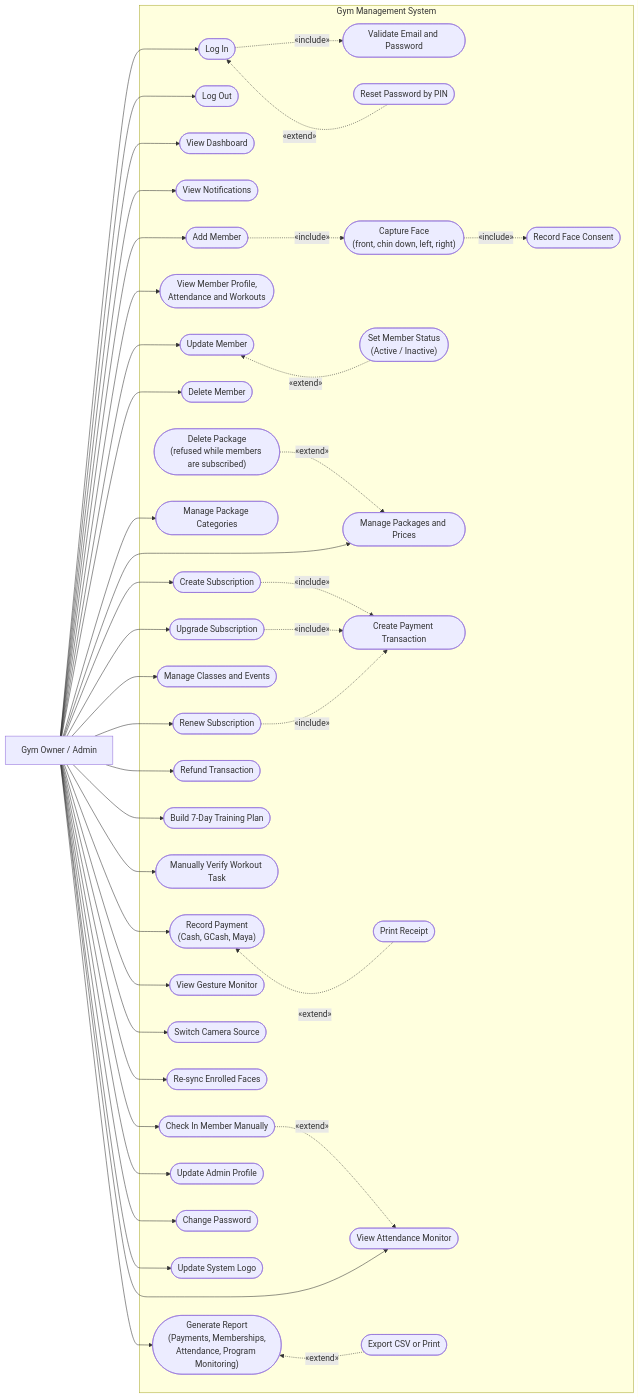
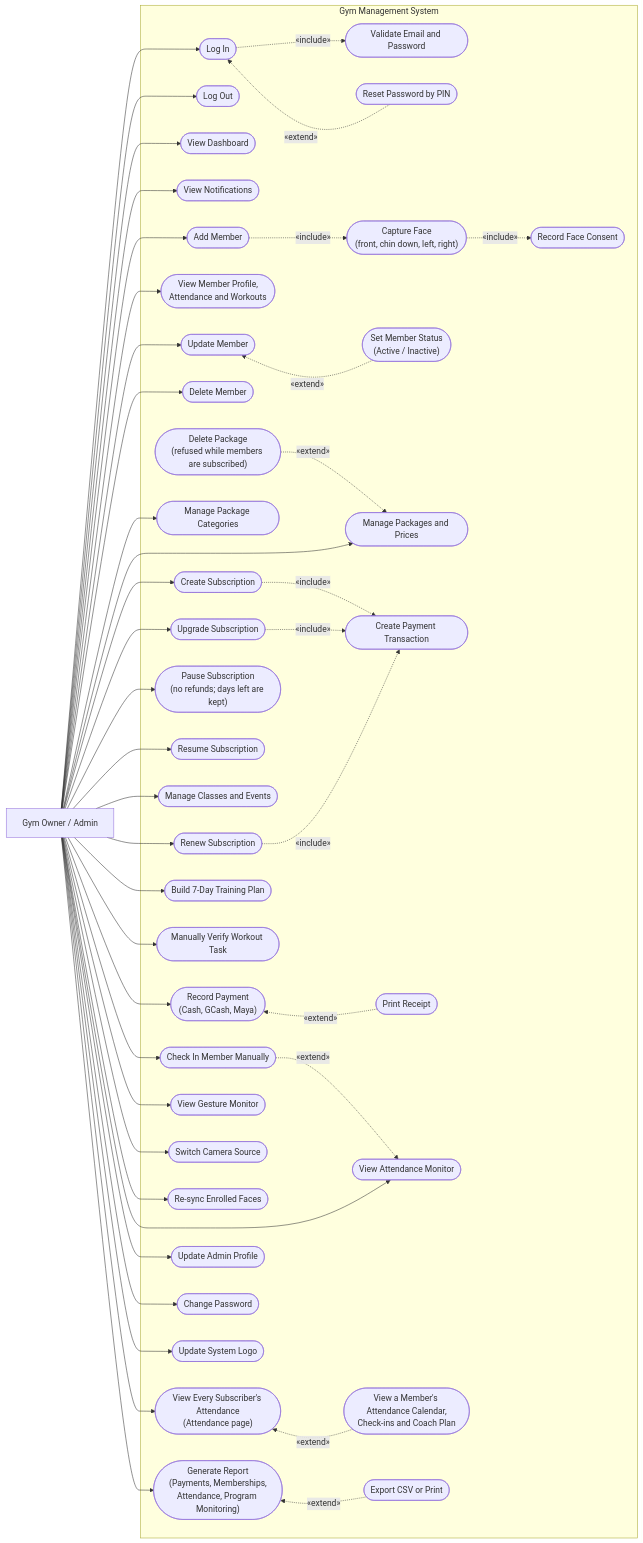
One commit to Plonteras191/GYM2-CAPSTONE changed the first of 3 diagrams in Correct_Diagrams/4_Use_Case_Diagram.md. Above: the diagram before and after it, drawn with Mermaid. The commit also changed other lines of this file and 26 other files, not shown here.

First line of the commit message:
docs: align all documents with pause/resume, the Attendance page and no Annual

```diff
--- a/Correct_Diagrams/4_Use_Case_Diagram.md
+++ b/Correct_Diagrams/4_Use_Case_Diagram.md
@@ -33,17 +35,20 @@
         NewSub(["Create Subscription"])
         UpSub(["Upgrade Subscription"])
         RenewSub(["Renew Subscription"])
+        PauseSub(["Pause Subscription<br/>(no refunds; days left are kept)"])
+        ResumeSub(["Resume Subscription"])
         AutoPay(["Create Payment Transaction"])
         Events(["Manage Classes and Events"])
 
         Pay(["Record Payment<br/>(Cash, GCash, Maya)"])
         Receipt(["Print Receipt"])
-        Refund(["Refund Transaction"])
 
         Plan(["Build 7-Day Training Plan"])
         Manual(["Manually Verify Workout Task"])
 
         AttMon(["View Attendance Monitor"])
+        AttPage(["View Every Subscriber's Attendance<br/>(Attendance page)"])
+        AttDetail(["View a Member's Attendance Calendar,<br/>Check-ins and Coach Plan"])
         ManualIn(["Check In Member Manually"])
         GesMon(["View Gesture Monitor"])
         Switch(["Switch Camera Source"])
@@ -70,6 +75,8 @@
         Pay ~~~ Receipt
         Receipt -.->|"«extend»"| Pay
         ManualIn -.->|"«extend»"| AttMon
+        AttPage ~~~ AttDetail
+        AttDetail -.->|"«extend»"| AttPage
         Report ~~~ Export
         Export -.->|"«extend»"| Report
     end
@@ -87,12 +94,14 @@
     Admin --> NewSub
     Admin --> UpSub
     Admin --> RenewSub
+    Admin --> PauseSub
+    Admin --> ResumeSub
     Admin --> Events
     Admin --> Pay
-    Admin --> Refund
     Admin --> Plan
     Admin --> Manual
     Admin --> AttMon
+    Admin --> AttPage
     Admin --> ManualIn
     Admin --> GesMon
     Admin --> Switch
```
